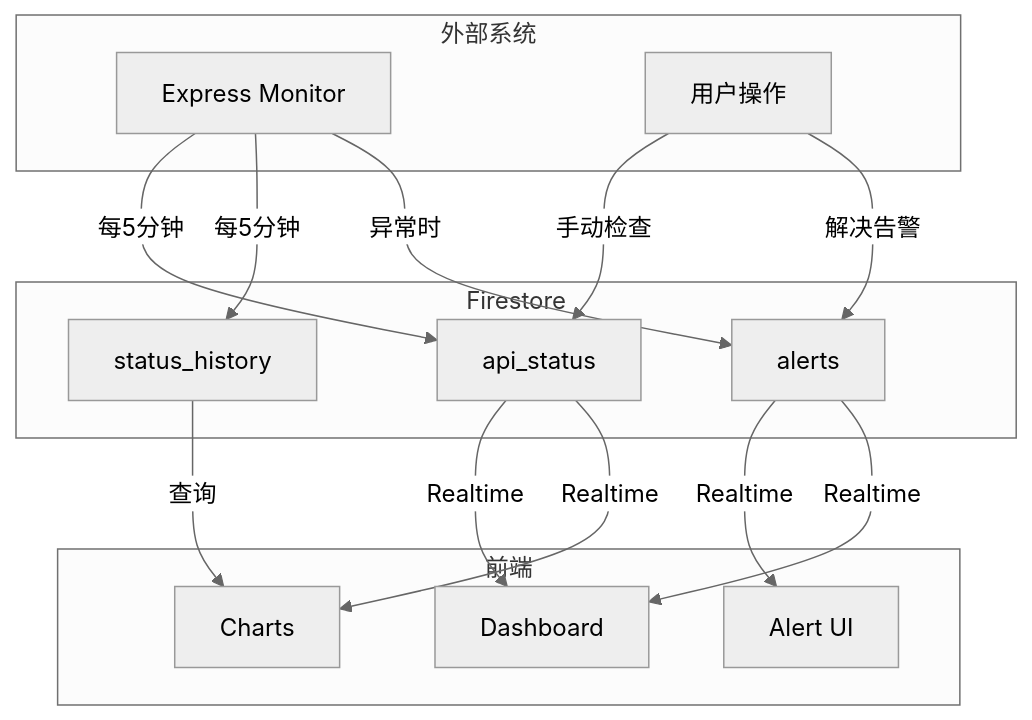
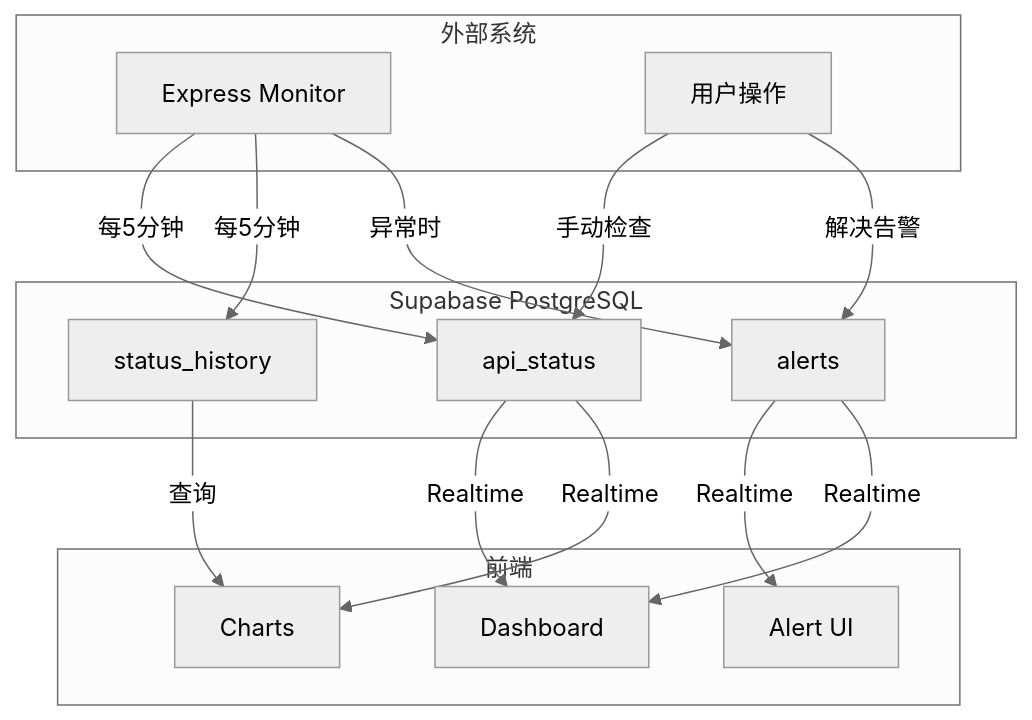
Before and after one commit to AjaCHN/LLM-API-Sentinel: the first of 9 diagrams in openspec/data.md, drawn with Mermaid (neutral theme). The commit also changed other lines of this file and 5 other files, not shown here.

````diff
--- a/openspec/data.md
+++ b/openspec/data.md
@@ -121,34 +121,34 @@
 ```mermaid
 graph TD
     subgraph External[外部系统]
         Monitor[Express Monitor]
         User[用户操作]
     end
     
-    subgraph Database[Firestore]
+    subgraph Database[Supabase PostgreSQL]
         API[api_status]
         History[status_history]
         Alerts[alerts]
     end
     
     subgraph Client[前端]
         Dashboard[Dashboard]
         Charts[Charts]
         AlertUI[Alert UI]
     end
     
     Monitor -->|每5分钟| API
     Monitor -->|每5分钟| History
     Monitor -->|异常时| Alerts
     
     User -->|手动检查| API
     User -->|解决告警| Alerts
     
     API -->|Realtime| Dashboard
     API -->|Realtime| Charts
     
     History -->|查询| Charts
     
     Alerts -->|Realtime| AlertUI
     Alerts -->|Realtime| Dashboard
 ```
````
